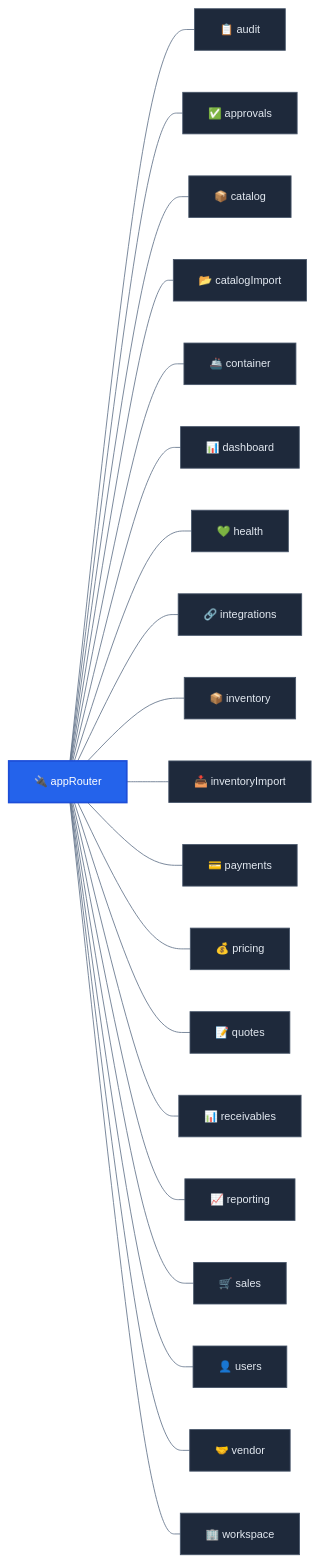
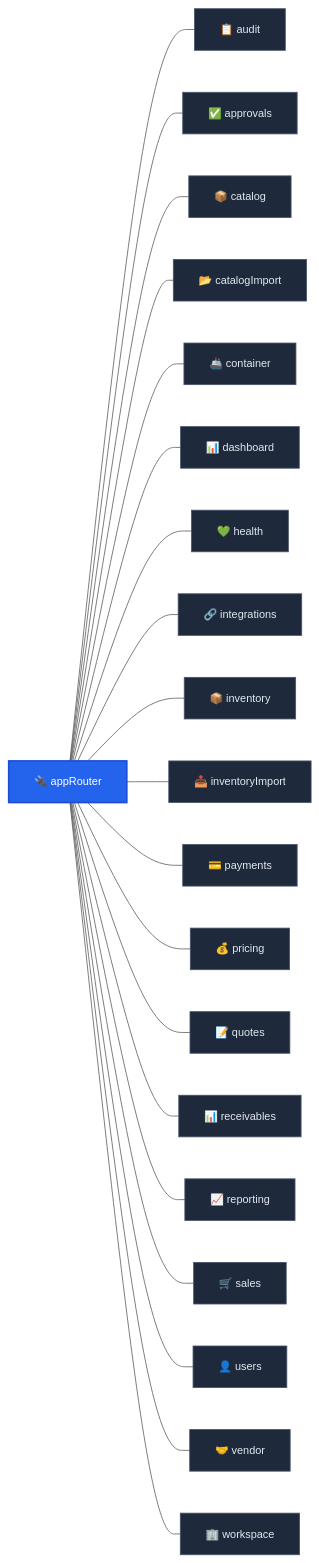
The third of 9 diagrams in README.md (jesusjosezapata99-jpg/Cendaro), drawn with Mermaid before and after one commit. The commit also changed other lines of this file and 15 other files, not shown here.

Commit message:
feat: implement security hardening with rate limiting, auth guards, and shared validation schemas

````diff
--- a/README.md
+++ b/README.md
@@ -247,29 +271,29 @@
 ```mermaid
-%%{init: {'theme': 'base', 'themeVariables': {'primaryColor': '#1e293b', 'primaryTextColor': '#e2e8f0', 'primaryBorderColor': '#475569', 'lineColor': '#64748b', 'fontSize': '13px'}}}%%
+%%{init: {'theme': 'neutral', 'themeVariables': {'fontSize': '13px'}}}%%
 
 graph LR
   classDef router fill:#1e293b,stroke:#475569,color:#e2e8f0,stroke-width:1px
   classDef core fill:#2463eb,stroke:#1d4ed8,color:#fff,stroke-width:2px
 
   ROOT["🔌 appRouter"]:::core
 
   ROOT --- A["📋 audit"]:::router
   ROOT --- B["✅ approvals"]:::router
   ROOT --- C["📦 catalog"]:::router
   ROOT --- CA2["📂 catalogImport"]:::router
   ROOT --- D["🚢 container"]:::router
   ROOT --- E["📊 dashboard"]:::router
   ROOT --- F["💚 health"]:::router
   ROOT --- G["🔗 integrations"]:::router
   ROOT --- H["📦 inventory"]:::router
   ROOT --- I["📥 inventoryImport"]:::router
   ROOT --- J["💳 payments"]:::router
   ROOT --- K["💰 pricing"]:::router
   ROOT --- L["📝 quotes"]:::router
   ROOT --- M["📊 receivables"]:::router
   ROOT --- N["📈 reporting"]:::router
   ROOT --- O["🛒 sales"]:::router
   ROOT --- P["👤 users"]:::router
   ROOT --- Q["🤝 vendor"]:::router
   ROOT --- R["🏢 workspace"]:::router
 ```
````
